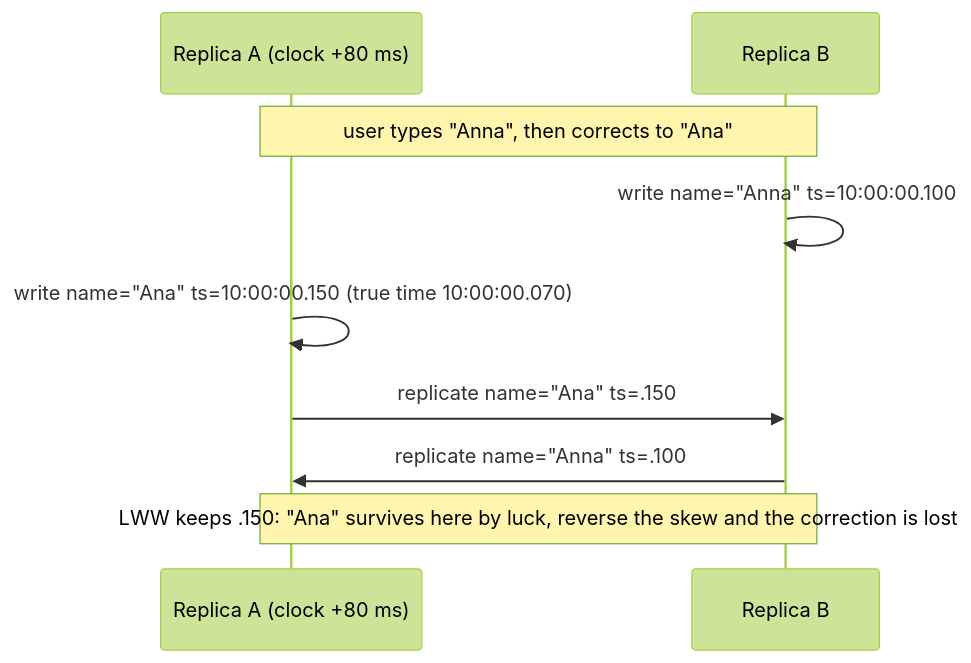
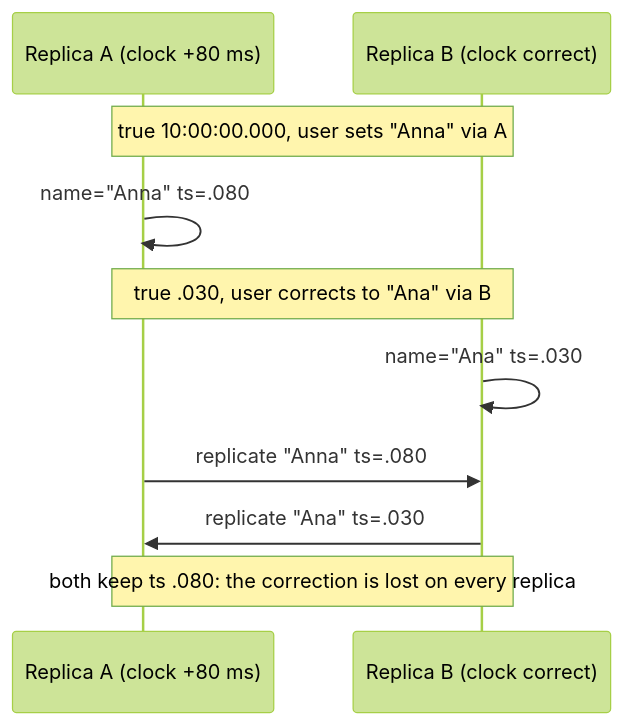
One commit to thull32/ascend changed the first of 2 diagrams in content/tracks/09-system-design/02-distributed-systems/01-time-and-ordering.md. Above: the diagram before and after it, drawn with Mermaid (forest theme). The commit also changed other lines of this file and 11 other files, not shown here.

````diff
--- a/content/tracks/09-system-design/02-distributed-systems/01-time-and-ordering.md
+++ b/content/tracks/09-system-design/02-distributed-systems/01-time-and-ordering.md
@@ -135,11 +68,12 @@
 ```mermaid
 sequenceDiagram
     participant A as Replica A (clock +80 ms)
-    participant B as Replica B
-    Note over A,B: user types "Anna", then corrects to "Ana"
-    B->>B: write name="Anna" ts=10:00:00.100
-    A->>A: write name="Ana" ts=10:00:00.150 (true time 10:00:00.070)
-    A->>B: replicate name="Ana" ts=.150
-    B->>A: replicate name="Anna" ts=.100
-    Note over A,B: LWW keeps .150: "Ana" survives here by luck, reverse the skew and the correction is lost
+    participant B as Replica B (clock correct)
+    Note over A,B: true 10:00:00.000, user sets "Anna" via A
+    A->>A: name="Anna" ts=.080
+    Note over A,B: true .030, user corrects to "Ana" via B
+    B->>B: name="Ana" ts=.030
+    A->>B: replicate "Anna" ts=.080
+    B->>A: replicate "Ana" ts=.030
+    Note over A,B: both keep ts .080: the correction is lost on every replica
 ```
````
